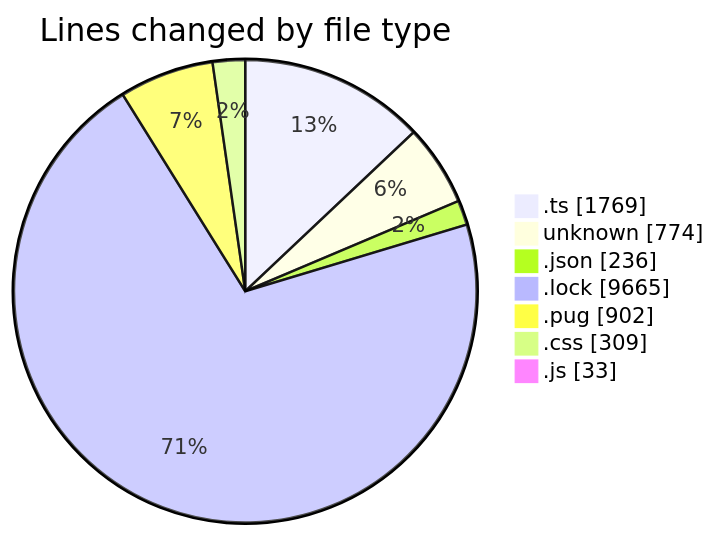
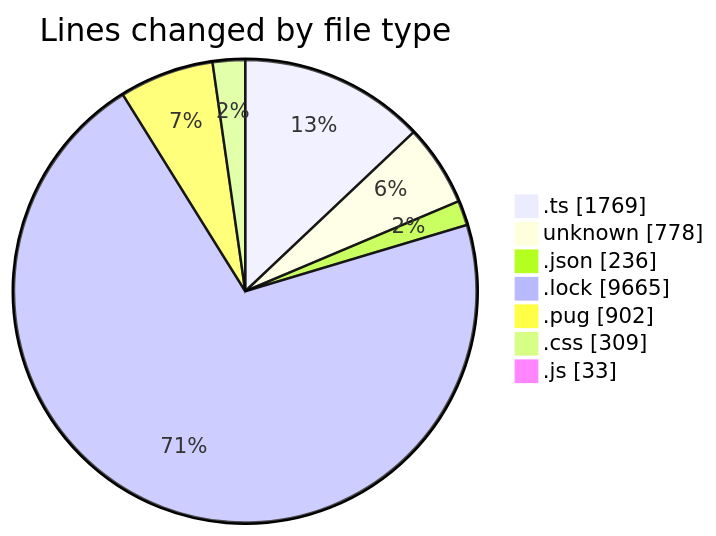
Before and after one commit to momahboobian/code-tracking: the first of 2 diagrams in 2026-05-22/cda/README.md, drawn with Mermaid. The commit also changed other lines of this file and 1 other file, not shown here.

````diff
--- a/2026-05-22/cda/README.md
+++ b/2026-05-22/cda/README.md
@@ -39,11 +39,11 @@
 ```mermaid
 pie showData
 title Lines changed by file type
 ".ts" : 1769
-"unknown" : 774
+"unknown" : 778
 ".json" : 236
 ".lock" : 9665
 ".pug" : 902
 ".css" : 309
 ".js" : 33
 ```
````
